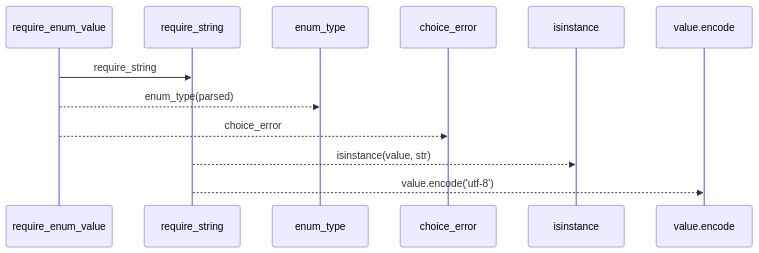
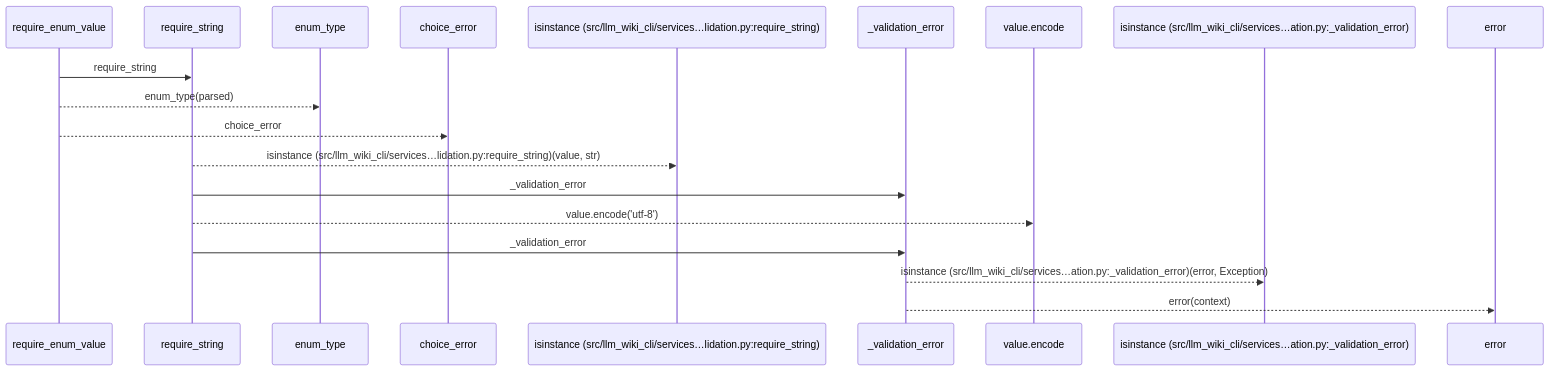
The first of 2 diagrams in docs/llm_wiki/flows/api-require_enum_value.md (Denissvgn/python-wiki-llm), drawn with Mermaid before and after one commit. The commit also changed other lines of this file and 627 other files, not shown here.

````diff
--- a/docs/llm_wiki/flows/api-require_enum_value.md
+++ b/docs/llm_wiki/flows/api-require_enum_value.md
@@ -12,14 +12,21 @@
 ```mermaid
 sequenceDiagram
     participant p0 as require_enum_value
     participant p1 as require_string
     participant p2 as enum_type
     participant p3 as choice_error
-    participant p4 as isinstance
-    participant p5 as value.encode
+    participant p4 as isinstance (src/llm_wiki_cli/services…lidation.py:require_string)
+    participant p5 as _validation_error
+    participant p6 as value.encode
+    participant p7 as isinstance (src/llm_wiki_cli/services…ation.py:_validation_error)
+    participant p8 as error
     p0->>p1: require_string
     p0-->>p2: enum_type(parsed)
     p0-->>p3: choice_error
-    p1-->>p4: isinstance(value, str)
-    p1-->>p5: value.encode('utf-8')
+    p1-->>p4: isinstance (src/llm_wiki_cli/services…lidation.py:require_string)(value, str)
+    p1->>p5: _validation_error
+    p1-->>p6: value.encode('utf-8')
+    p1->>p5: _validation_error
+    p5-->>p7: isinstance (src/llm_wiki_cli/services…ation.py:_validation_error)(error, Exception)
+    p5-->>p8: error(context)
 ```
````
